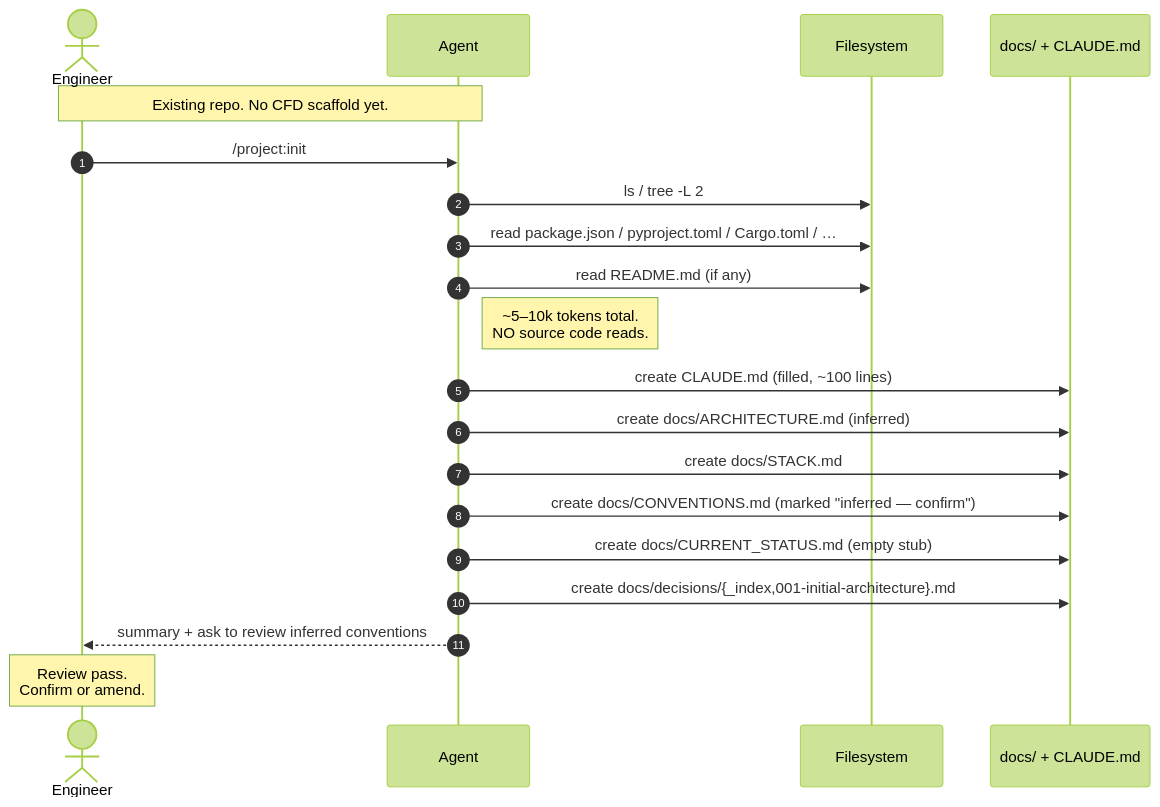
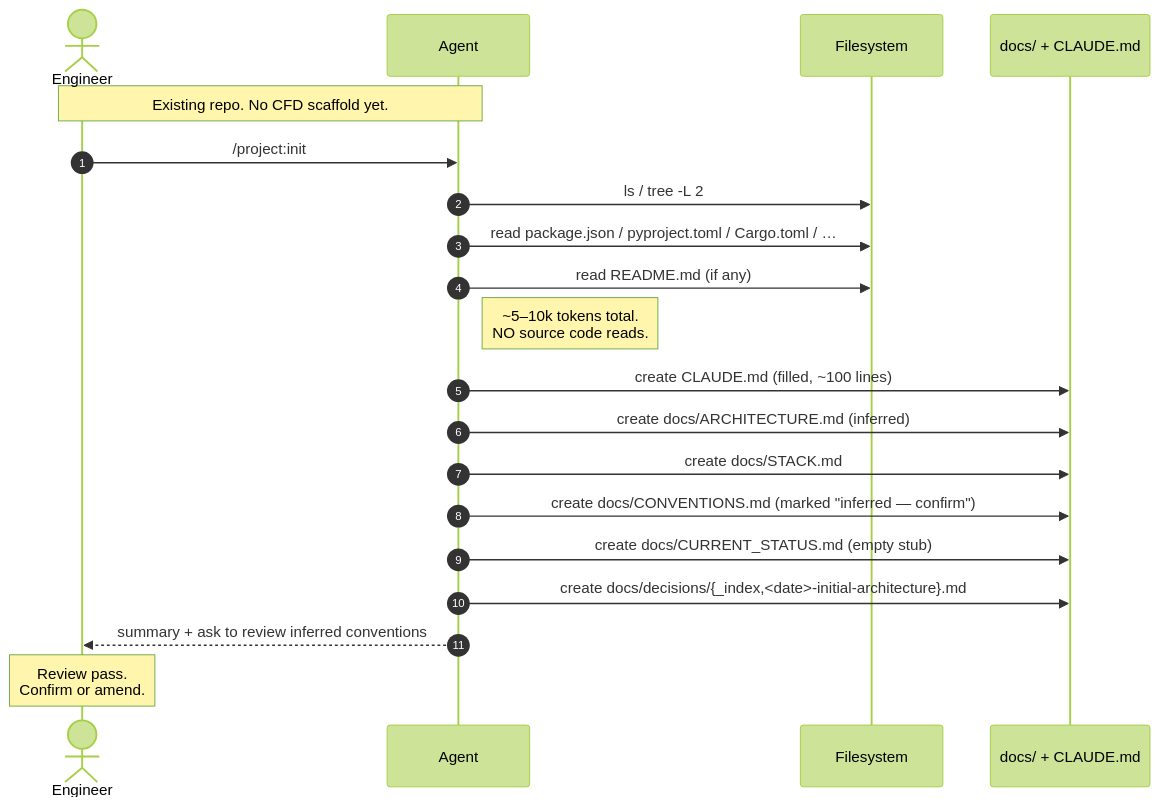
One commit to albertomarturelo/context-first-development changed the second of 7 diagrams in docs/session-flow.md. Above: the diagram before and after it, drawn with Mermaid (forest theme). The commit also changed other lines of this file and 31 other files, not shown here.

First line of the commit message:
feat: identify ADRs by date-prefixed slug instead of sequence number

````diff
--- a/docs/session-flow.md
+++ b/docs/session-flow.md
@@ -70,23 +70,23 @@
 ```mermaid
 sequenceDiagram
     autonumber
     actor E as Engineer
     participant A as Agent
     participant FS as Filesystem
     participant DOCS as docs/ + CLAUDE.md
 
     Note over E,A: Existing repo. No CFD scaffold yet.
     E->>A: /project:init
     A->>FS: ls / tree -L 2
     A->>FS: read package.json / pyproject.toml / Cargo.toml / …
     A->>FS: read README.md (if any)
     Note right of A: ~5–10k tokens total.<br/>NO source code reads.
     A->>DOCS: create CLAUDE.md (filled, ~100 lines)
     A->>DOCS: create docs/ARCHITECTURE.md (inferred)
     A->>DOCS: create docs/STACK.md
     A->>DOCS: create docs/CONVENTIONS.md (marked "inferred — confirm")
     A->>DOCS: create docs/CURRENT_STATUS.md (empty stub)
-    A->>DOCS: create docs/decisions/{_index,001-initial-architecture}.md
+    A->>DOCS: create docs/decisions/{_index,<date>-initial-architecture}.md
     A-->>E: summary + ask to review inferred conventions
     Note over E: Review pass.<br/>Confirm or amend.
 ```
````
